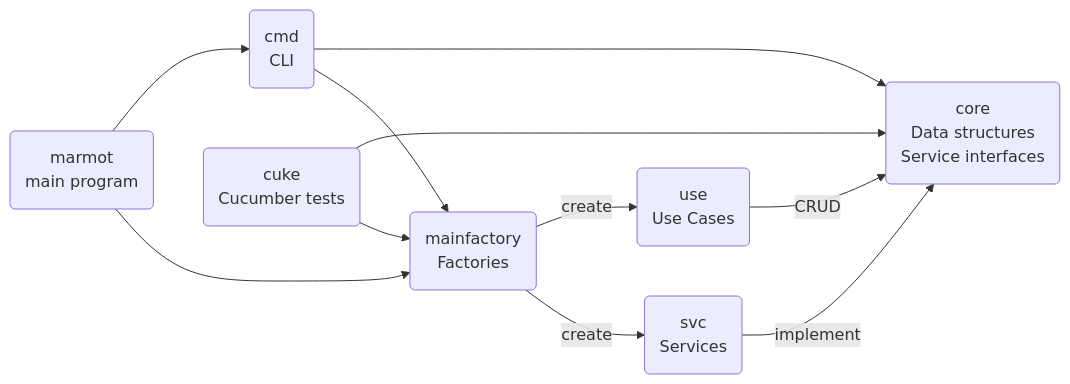
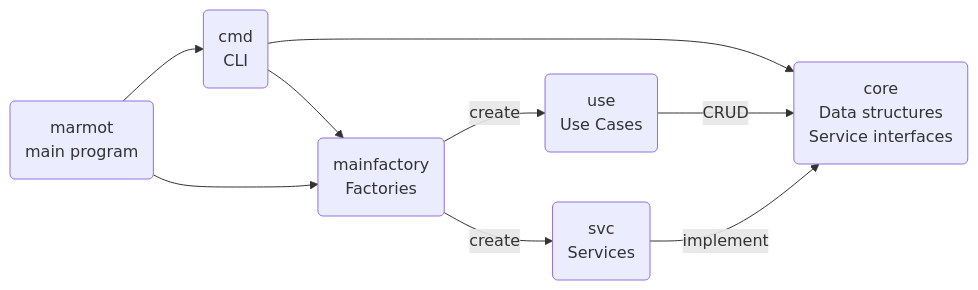
Before and after one commit to kkrull/marmot: the diagram in doc/decisions.md, drawn with Mermaid.

````diff
--- a/doc/decisions.md
+++ b/doc/decisions.md
@@ -175,29 +175,23 @@
 ```mermaid
 graph LR
 
 %% Core and dependencies
 core(core<br/>Data structures<br/>Service interfaces)
 svc(svc<br/>Services)
 use(use<br/>Use Cases)
 
 svc -->|implement| core
 use -->|CRUD| core
 
 %% Main program
 cmd(cmd<br/>CLI)
 mainfactory(mainfactory<br/>Factories)
 marmot(marmot<br/>main program)
 
 cmd --> core
 cmd --> mainfactory
 mainfactory -->|create| use
 mainfactory -->|create| svc
 marmot --> cmd
 marmot --> mainfactory
-
-%% Test support
-cuke(cuke<br/>Cucumber tests)
-
-cuke --> core
-cuke --> mainfactory
 ```
````
